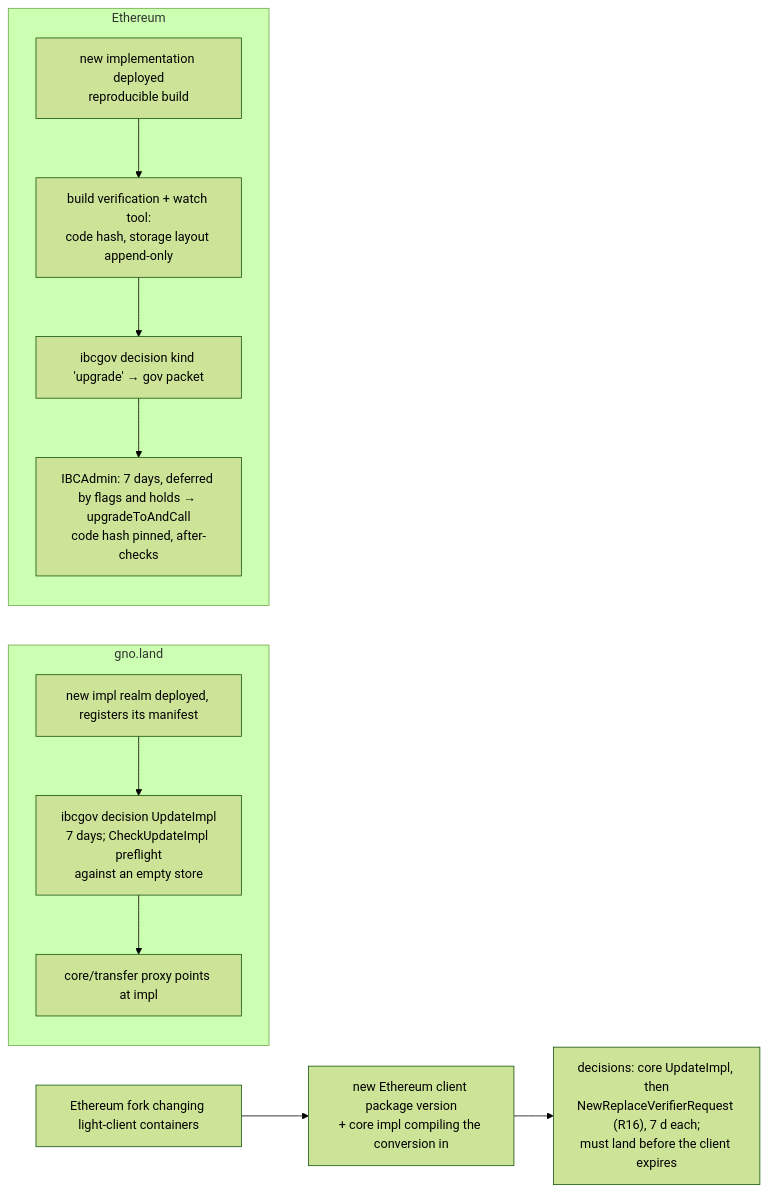
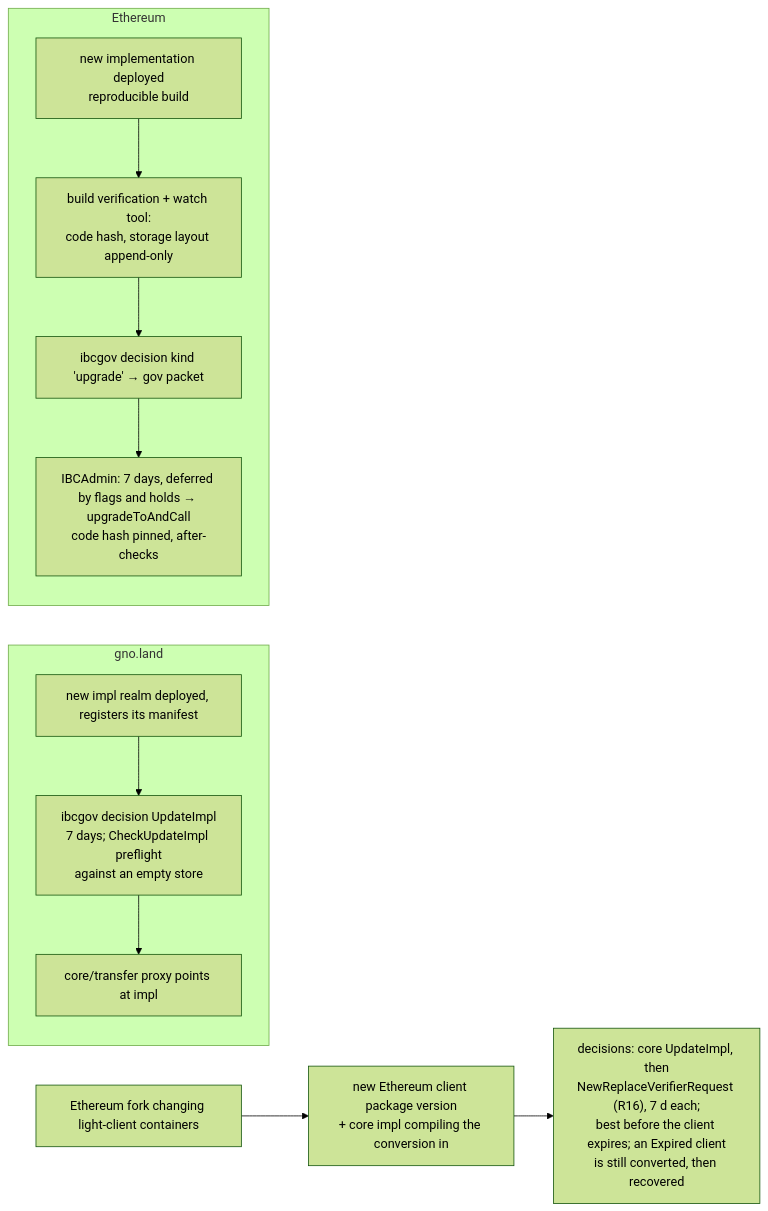
Before and after one commit to gnolang/gno: diagram 13 of 13 in gno.land/adr/pr6375_ibc_ethereum.md, drawn with Mermaid (forest theme). The commit also changed other lines of this file, not shown here.

First line of the commit message:
docs(adr): fold the second review of the Ethereum IBC ADR alignment

````diff
--- a/gno.land/adr/pr6375_ibc_ethereum.md
+++ b/gno.land/adr/pr6375_ibc_ethereum.md
@@ -753,12 +759,12 @@
 ```mermaid
 flowchart LR
   subgraph GNOUP[gno.land]
     P1[new impl realm deployed, registers its manifest] --> P2["ibcgov decision UpdateImpl<br/>7 days; CheckUpdateImpl preflight<br/>against an empty store"] --> P3[core/transfer proxy points at impl]
   end
   subgraph ETHUP[Ethereum]
     U1[new implementation deployed<br/>reproducible build] --> U2[build verification + watch tool:<br/>code hash, storage layout append-only]
     U2 --> U3[ibcgov decision kind 'upgrade' → gov packet]
     U3 --> U4[IBCAdmin: 7 days, deferred by flags and holds → upgradeToAndCall<br/>code hash pinned, after-checks]
   end
-  F[Ethereum fork changing light-client containers] --> L1["new Ethereum client package version<br/>+ core impl compiling the conversion in"] --> L2["decisions: core UpdateImpl, then<br/>NewReplaceVerifierRequest (R16), 7 d each;<br/>must land before the client expires"]
+  F[Ethereum fork changing light-client containers] --> L1["new Ethereum client package version<br/>+ core impl compiling the conversion in"] --> L2["decisions: core UpdateImpl, then<br/>NewReplaceVerifierRequest (R16), 7 d each;<br/>best before the client expires; an Expired client<br/>is still converted, then recovered"]
 ```
````
